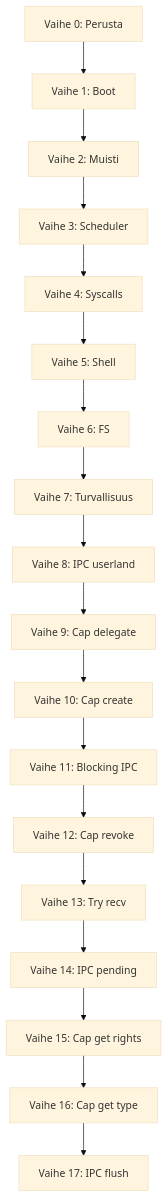
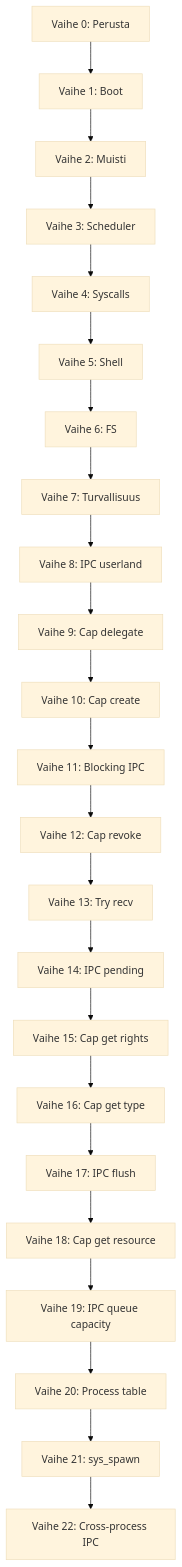
Before and after one commit to Mikko-Huuskonen-Pro/Zinux: the diagram in docs/ROADMAP.md, drawn with Mermaid (base theme). The commit also changed other lines of this file and 15 other files, not shown here.

First line of the commit message:
Phase 18: sys_cap_get_resource and roadmap for phases 19-22

````diff
--- a/docs/ROADMAP.md
+++ b/docs/ROADMAP.md
@@ -316,20 +410,25 @@
 ```mermaid
 graph TD
     V0[Vaihe 0: Perusta] --> V1[Vaihe 1: Boot]
     V1 --> V2[Vaihe 2: Muisti]
     V2 --> V3[Vaihe 3: Scheduler]
     V3 --> V4[Vaihe 4: Syscalls]
     V4 --> V5[Vaihe 5: Shell]
     V5 --> V6[Vaihe 6: FS]
     V6 --> V7[Vaihe 7: Turvallisuus]
     V7 --> V8[Vaihe 8: IPC userland]
     V8 --> V9[Vaihe 9: Cap delegate]
     V9 --> V10[Vaihe 10: Cap create]
     V10 --> V11[Vaihe 11: Blocking IPC]
     V11 --> V12[Vaihe 12: Cap revoke]
     V12 --> V13[Vaihe 13: Try recv]
     V13 --> V14[Vaihe 14: IPC pending]
     V14 --> V15[Vaihe 15: Cap get rights]
     V15 --> V16[Vaihe 16: Cap get type]
     V16 --> V17[Vaihe 17: IPC flush]
+    V17 --> V18[Vaihe 18: Cap get resource]
+    V18 --> V19[Vaihe 19: IPC queue capacity]
+    V19 --> V20[Vaihe 20: Process table]
+    V20 --> V21[Vaihe 21: sys_spawn]
+    V21 --> V22[Vaihe 22: Cross-process IPC]
 ```
````
